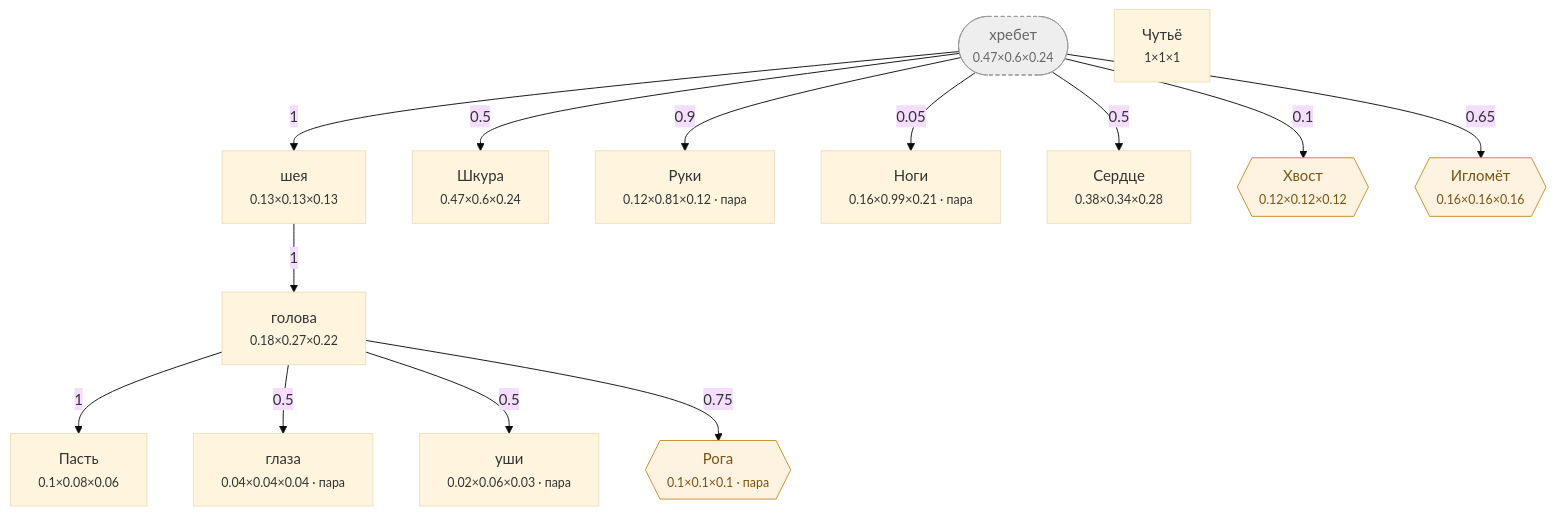
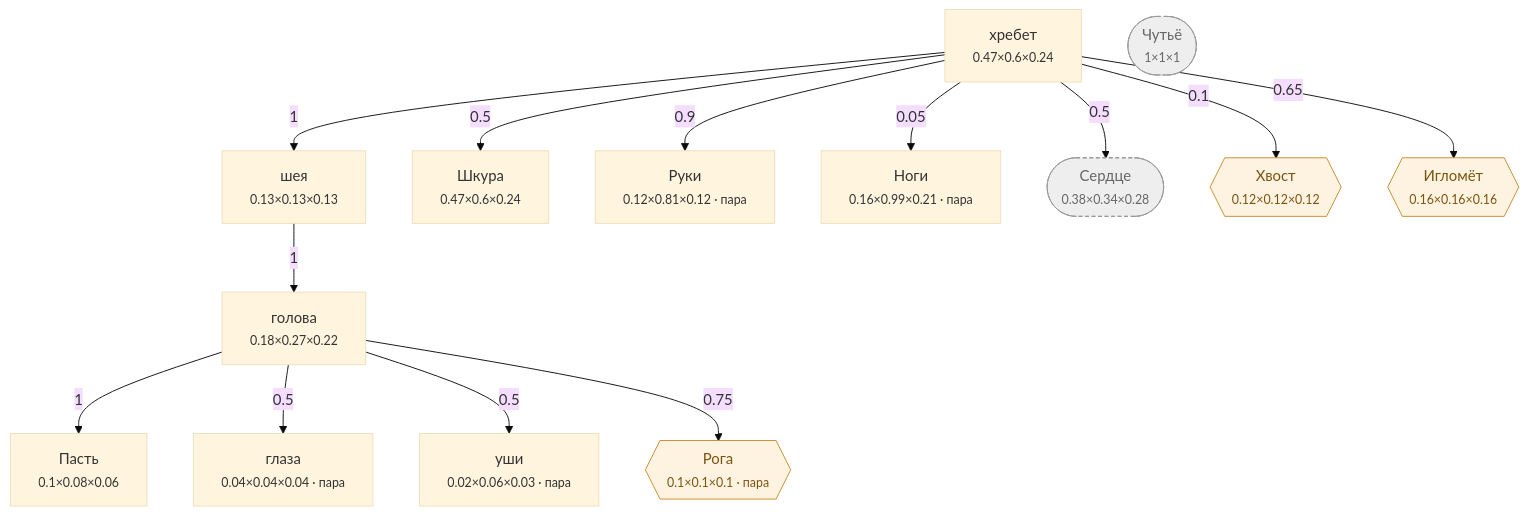
Before and after one commit to darklordshish/ChimeraEvolution-2026-06-26_15-29-59: the diagram in Docs/Диаграммы/Человек.md, drawn with Mermaid (base theme). The commit also changed other lines of this file and 10 other files, not shown here.

````diff
--- a/Docs/Диаграммы/Человек.md
+++ b/Docs/Диаграммы/Человек.md
@@ -22,36 +22,36 @@
 ```mermaid
 flowchart TD
-    n0(["хребет<br/><small>0.47×0.6×0.24</small>"])
+    n0["хребет<br/><small>0.47×0.6×0.24</small>"]
     n1["голова<br/><small>0.18×0.27×0.22</small>"]
     n2["Пасть<br/><small>0.1×0.08×0.06</small>"]
     n3["глаза<br/><small>0.04×0.04×0.04 · пара</small>"]
     n4["уши<br/><small>0.02×0.06×0.03 · пара</small>"]
     n5["шея<br/><small>0.13×0.13×0.13</small>"]
     n6["Шкура<br/><small>0.47×0.6×0.24</small>"]
     n7["Руки<br/><small>0.12×0.81×0.12 · пара</small>"]
     n8["Ноги<br/><small>0.16×0.99×0.21 · пара</small>"]
-    n9["Сердце<br/><small>0.38×0.34×0.28</small>"]
-    n10["Чутьё<br/><small>1×1×1</small>"]
+    n9(["Сердце<br/><small>0.38×0.34×0.28</small>"])
+    n10(["Чутьё<br/><small>1×1×1</small>"])
     n11{{"Хвост<br/><small>0.12×0.12×0.12</small>"}}
     n12{{"Рога<br/><small>0.1×0.1×0.1 · пара</small>"}}
     n13{{"Игломёт<br/><small>0.16×0.16×0.16</small>"}}
 
     n5 -->|1| n1
     n1 -->|1| n2
     n1 -->|0.5| n3
     n1 -->|0.5| n4
     n0 -->|1| n5
     n0 -->|0.5| n6
     n0 -->|0.9| n7
     n0 -->|0.05| n8
     n0 -->|0.5| n9
     n0 -->|0.1| n11
     n1 -->|0.75| n12
     n0 -->|0.65| n13
 
     classDef hid fill:#eee,stroke:#999,stroke-dasharray:4 3,color:#666
     classDef gr fill:#fdf3e0,stroke:#c98a2b,color:#7a5310
     classDef ch fill:#e8f2ff,stroke:#3b74c4,color:#1c3f70
-    class n0 hid
+    class n9,n10 hid
     class n11,n12,n13 gr
 ```
````
